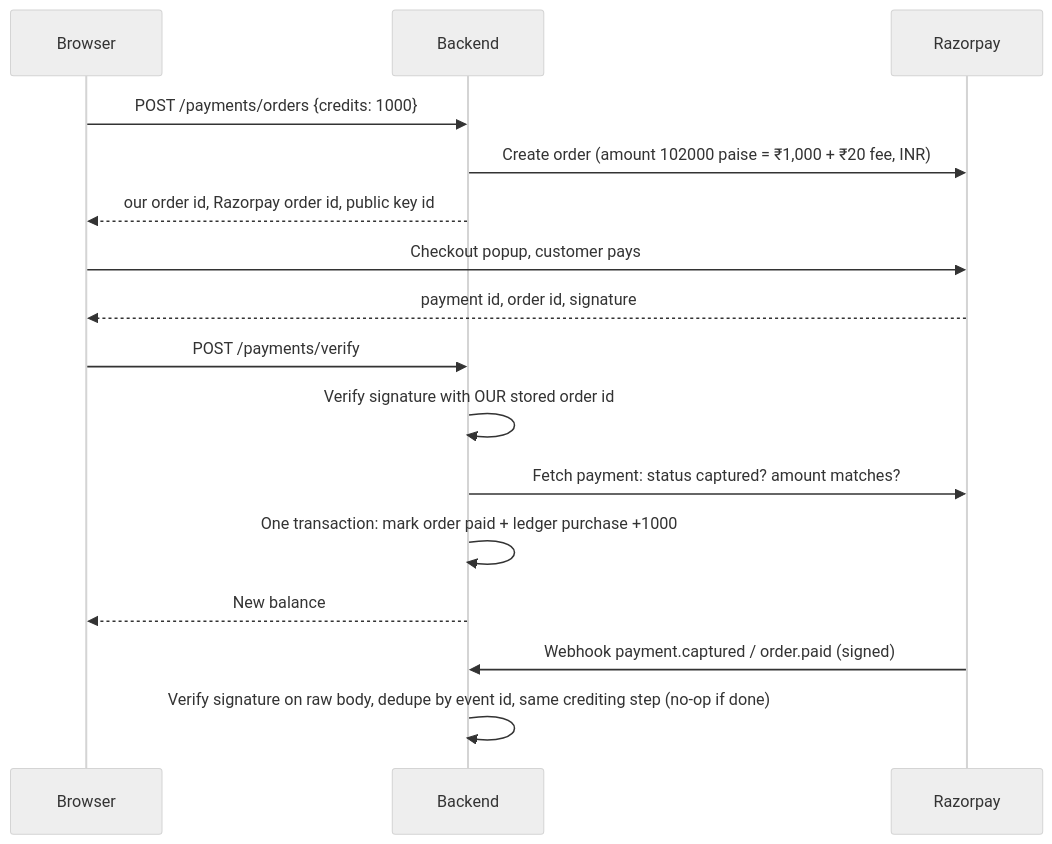
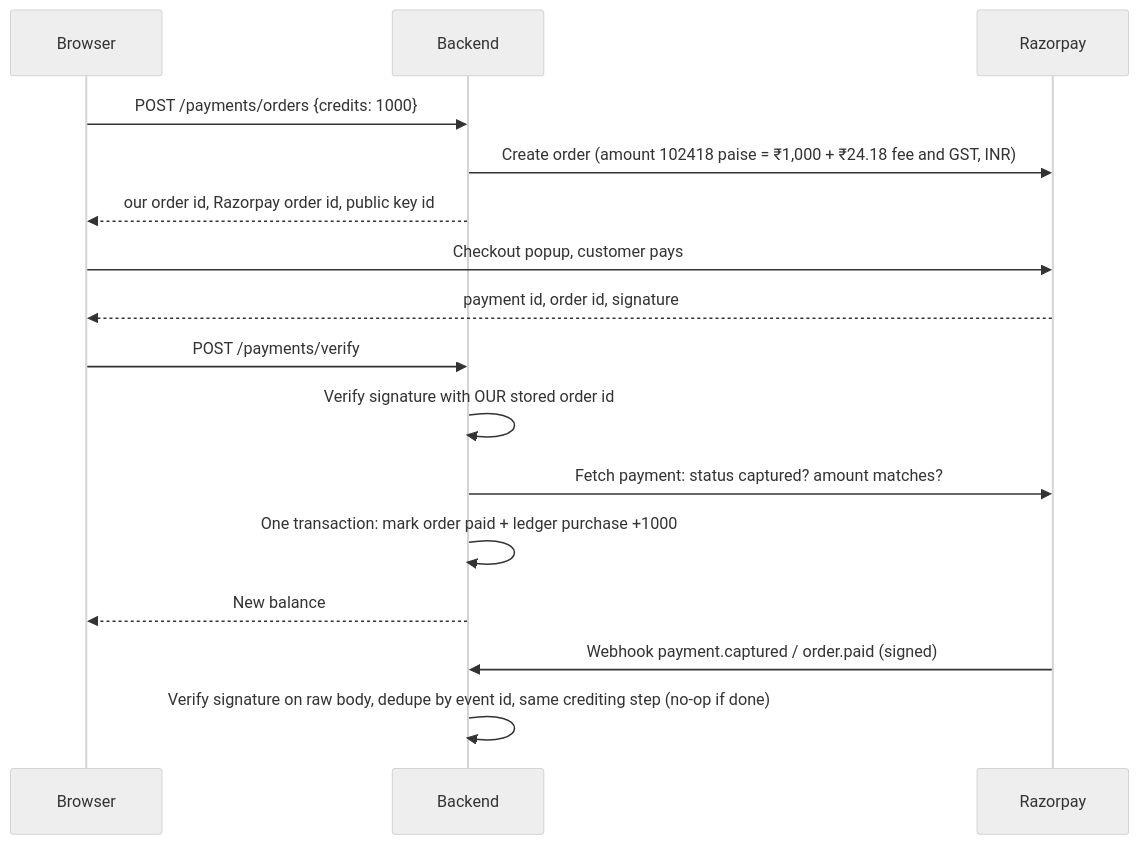
Before and after one commit to spatel-ai/frame-forge: the second of 2 diagrams in docs/HLD.md, drawn with Mermaid (neutral theme). The commit also changed other lines of this file and 10 other files, not shown here.

````diff
--- a/docs/HLD.md
+++ b/docs/HLD.md
@@ -164,18 +164,18 @@
 ```mermaid
 sequenceDiagram
     participant B as Browser
     participant A as Backend
     participant R as Razorpay
     B->>A: POST /payments/orders {credits: 1000}
-    A->>R: Create order (amount 102000 paise = ₹1,000 + ₹20 fee, INR)
+    A->>R: Create order (amount 102418 paise = ₹1,000 + ₹24.18 fee and GST, INR)
     A-->>B: our order id, Razorpay order id, public key id
     B->>R: Checkout popup, customer pays
     R-->>B: payment id, order id, signature
     B->>A: POST /payments/verify
     A->>A: Verify signature with OUR stored order id
     A->>R: Fetch payment: status captured? amount matches?
     A->>A: One transaction: mark order paid + ledger purchase +1000
     A-->>B: New balance
     R->>A: Webhook payment.captured / order.paid (signed)
     A->>A: Verify signature on raw body, dedupe by event id, same crediting step (no-op if done)
 ```
````
